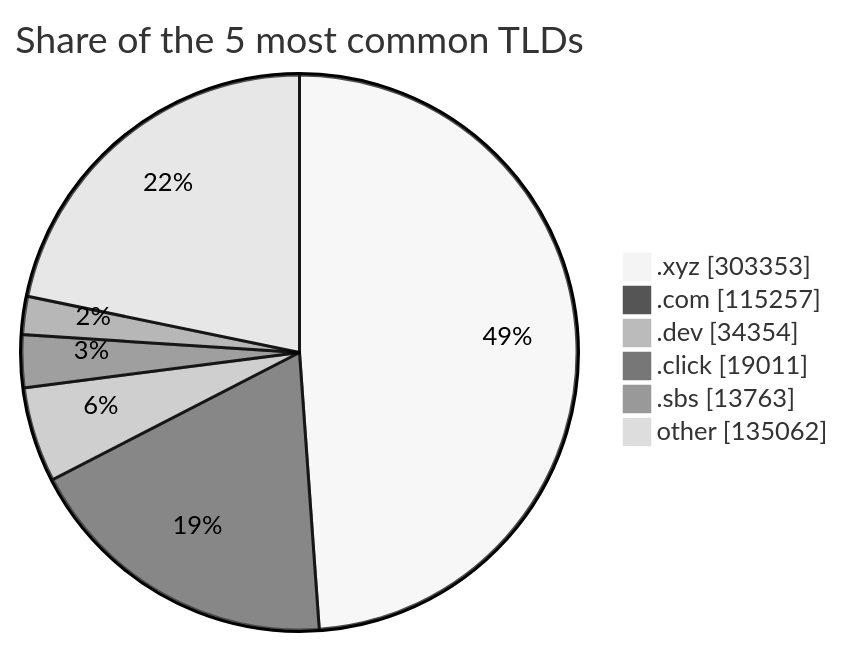
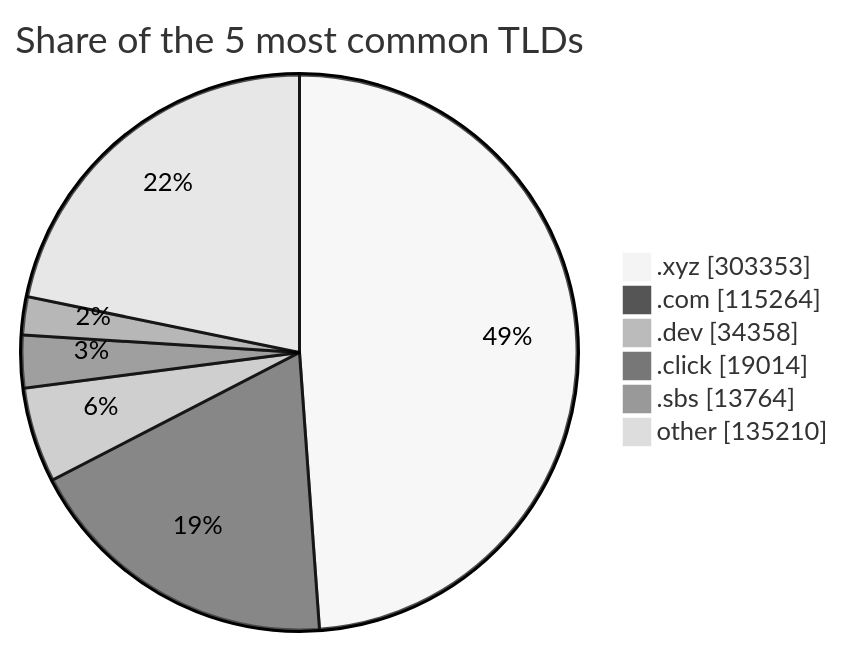
One commit to DNSBunker/CTI changed the third of 3 diagrams in README.md. Above: the diagram before and after it, drawn with Mermaid (neutral theme). The commit also changed other lines of this file and 3 other files, not shown here.

````diff
--- a/README.md
+++ b/README.md
@@ -81,9 +81,9 @@
 ```mermaid
 pie showData title Share of the 5 most common TLDs
     ".xyz" : 303353
-    ".com" : 115257
-    ".dev" : 34354
-    ".click" : 19011
-    ".sbs" : 13763
-    "other" : 135062
+    ".com" : 115264
+    ".dev" : 34358
+    ".click" : 19014
+    ".sbs" : 13764
+    "other" : 135210
 ```
````
